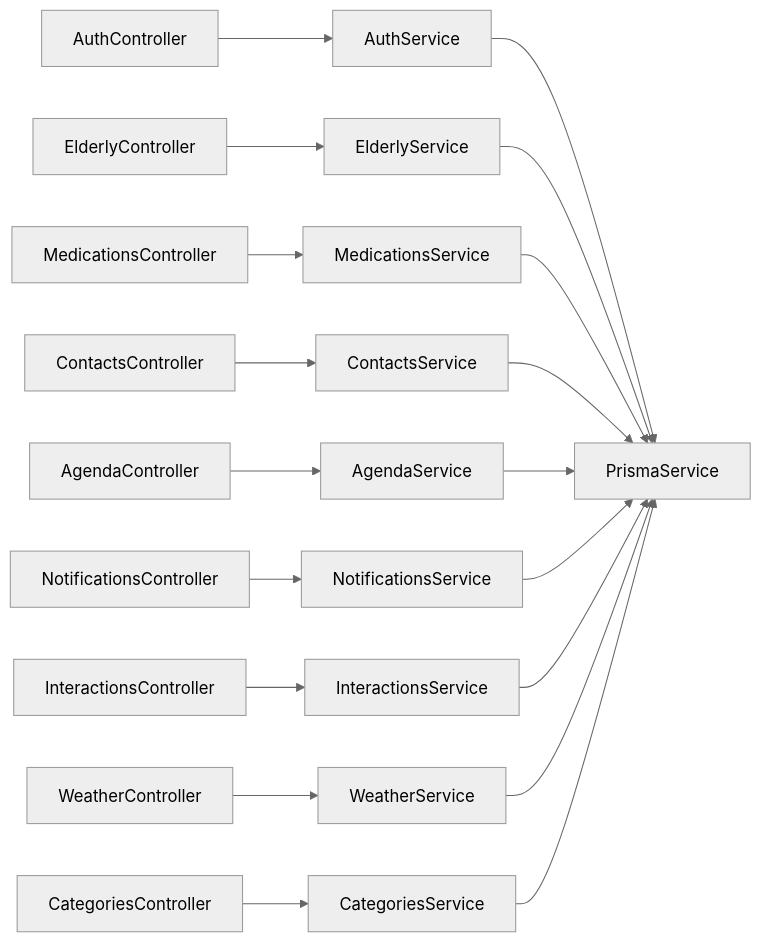
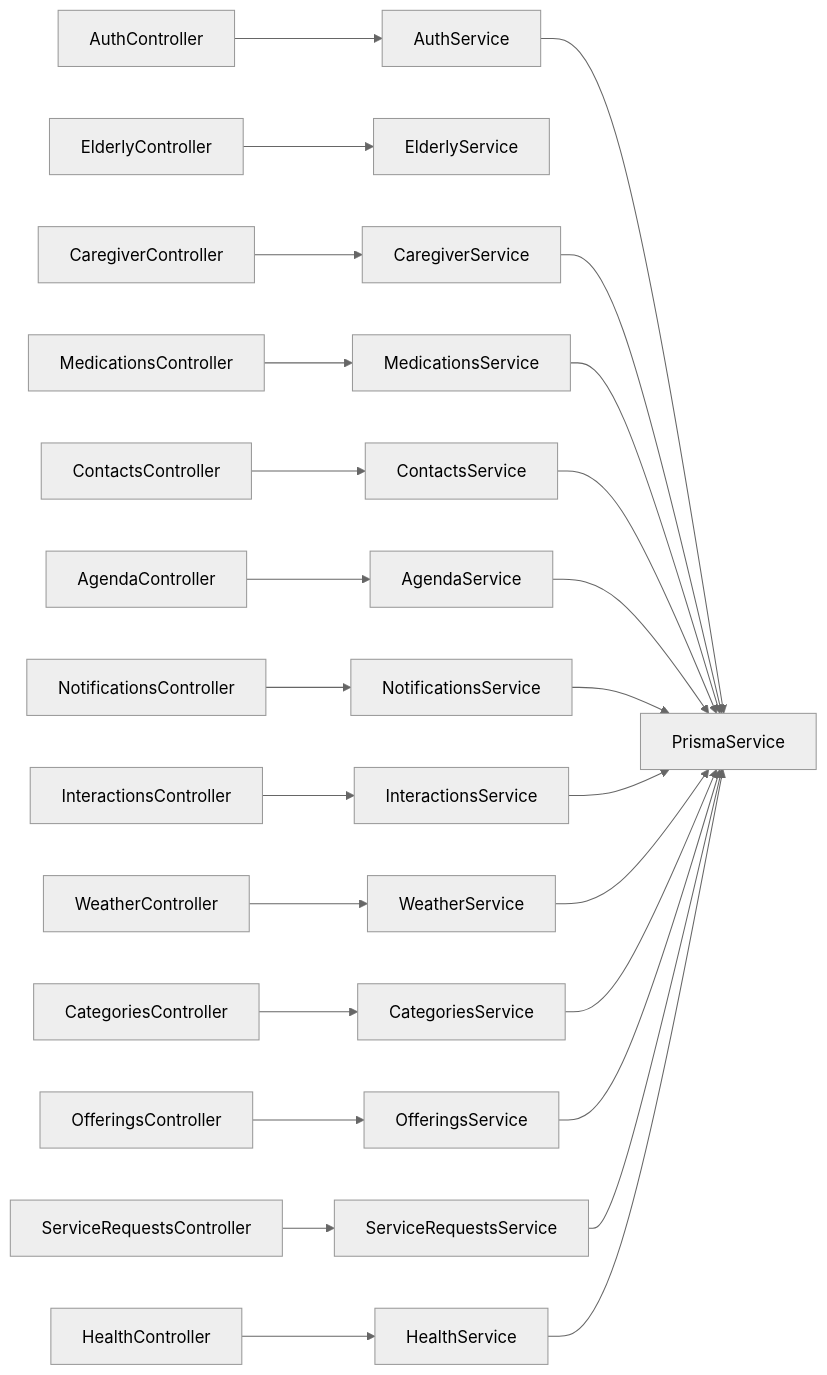
One commit to jairosouza67/99-Pai changed the third of 3 diagrams in .qoder/repowiki/en/content/API Reference.md. Above: the diagram before and after it, drawn with Mermaid (neutral theme). The commit also changed other lines of this file and 17 other files, not shown here.

````diff
--- a/.qoder/repowiki/en/content/API Reference.md
+++ b/.qoder/repowiki/en/content/API Reference.md
@@ -520,21 +733,28 @@
 ```mermaid
 graph LR
 AC["AuthController"] --> AS["AuthService"]
 EC["ElderlyController"] --> ES["ElderlyService"]
+CGC["CaregiverController"] --> CGS["CaregiverService"]
 MC["MedicationsController"] --> MS["MedicationsService"]
 CC["ContactsController"] --> CS["ContactsService"]
 AgC["AgendaController"] --> AgS["AgendaService"]
 NC["NotificationsController"] --> NS["NotificationsService"]
 IC["InteractionsController"] --> IS["InteractionsService"]
 WC["WeatherController"] --> WS["WeatherService"]
 CatC["CategoriesController"] --> CatS["CategoriesService"]
+OC["OfferingsController"] --> OS["OfferingsService"]
+SRC["ServiceRequestsController"] --> SRS["ServiceRequestsService"]
+HC["HealthController"] --> HS["HealthService"]
 AS --> PS["PrismaService"]
-ES --> PS
+CGS --> PS
 MS --> PS
 CS --> PS
 AgS --> PS
 NS --> PS
 IS --> PS
 WS --> PS
 CatS --> PS
+OS --> PS
+SRS --> PS
+HS --> PS
 ```
````
